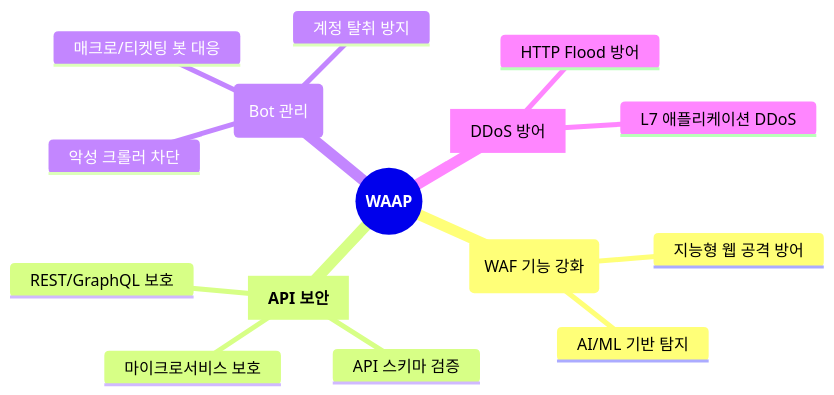
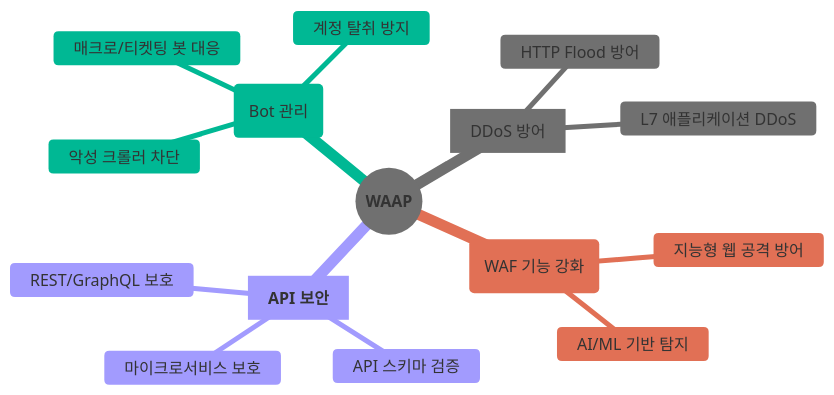
The ninth of 12 diagrams in waf.md (chj90/waf), drawn with Mermaid before and after one commit. The commit also changed other lines of this file, not shown here.

````diff
--- a/waf.md
+++ b/waf.md
@@ -367,18 +354,19 @@
 ```mermaid
+%%{init: {'theme': 'base', 'themeVariables': {'primaryColor': '#b0b0b0', 'cScale0': '#ff7675', 'cScale1': '#e17055', 'cScale2': '#a29bfe', 'cScale3': '#00b894'}}}%%
 mindmap
   root((**WAAP**))
     (WAF 기능 강화)
       지능형 웹 공격 방어
       AI/ML 기반 탐지
     [**API 보안**]
       REST/GraphQL 보호
       API 스키마 검증
       마이크로서비스 보호
     (Bot 관리)
       악성 크롤러 차단
       매크로/티켓팅 봇 대응
       계정 탈취 방지
     [DDoS 방어]
       L7 애플리케이션 DDoS
       HTTP Flood 방어
 ```
````
